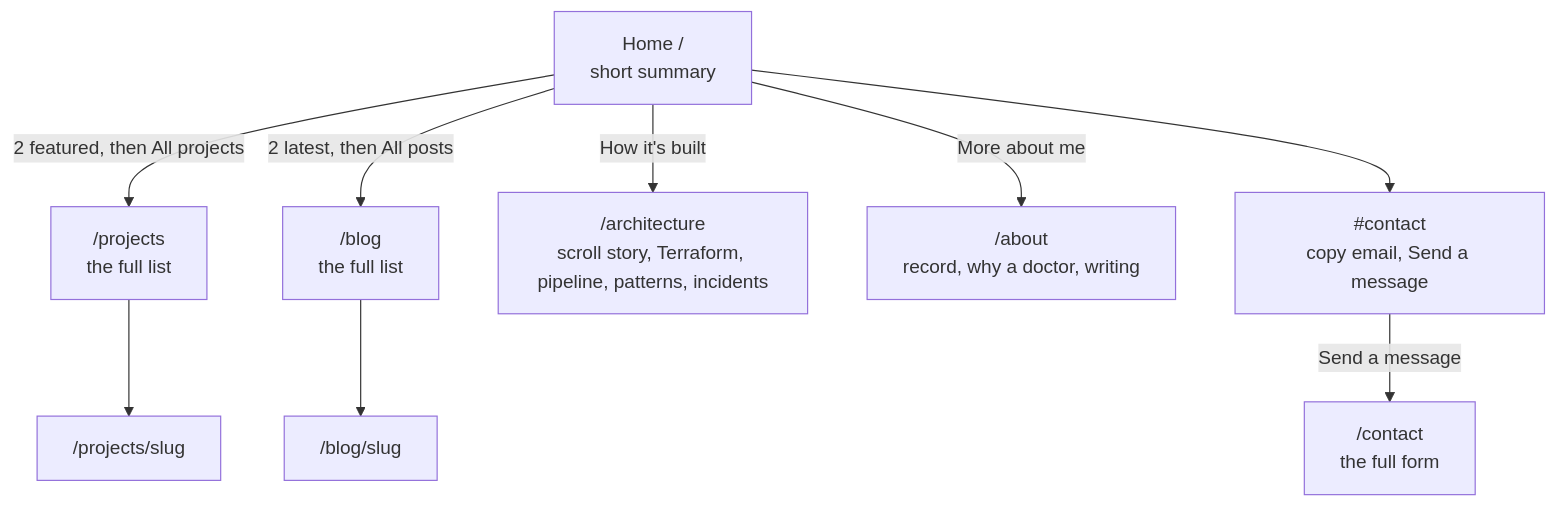
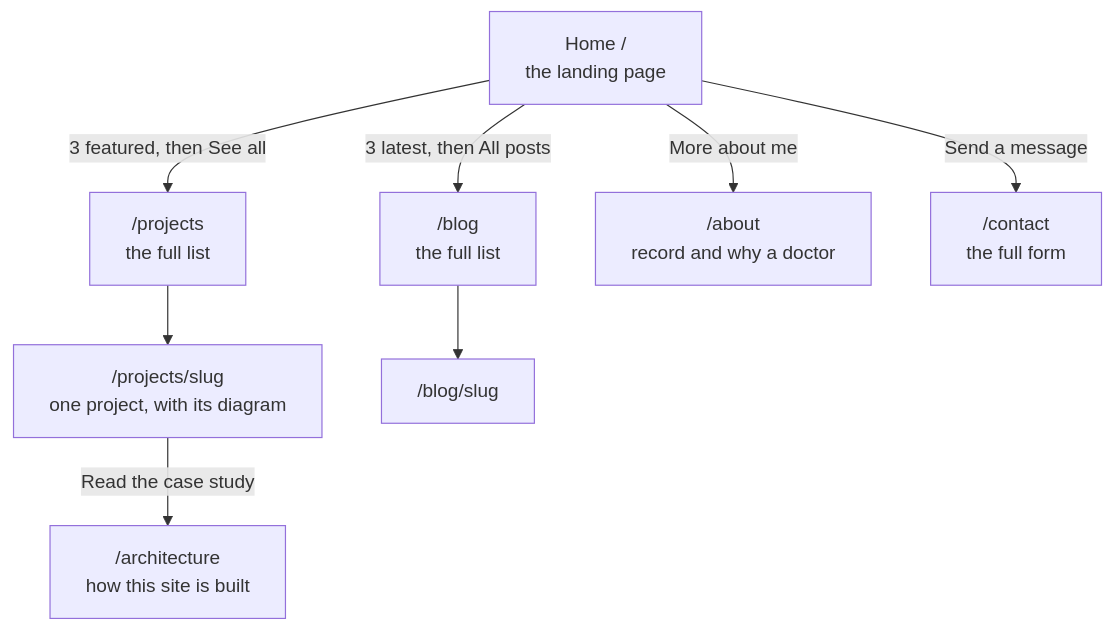
One commit to BamiseOmolaso/cloudportfoliowebsite changed the diagram in docs/infra/09-site-structure-and-content.md. Above: the diagram before and after it, drawn with Mermaid. The commit also changed other lines of this file and 33 other files, not shown here.

````diff
--- a/docs/infra/09-site-structure-and-content.md
+++ b/docs/infra/09-site-structure-and-content.md
@@ -14,12 +15,11 @@
 ```mermaid
 flowchart TD
-  H["Home /<br/>short summary"]
-  H -->|"2 featured, then All projects"| P["/projects<br/>the full list"]
-  H -->|"2 latest, then All posts"| B["/blog<br/>the full list"]
-  H -->|"How it's built"| A["/architecture<br/>scroll story, Terraform, pipeline, patterns, incidents"]
-  H -->|"More about me"| AB["/about<br/>record, why a doctor, writing"]
-  H --> C["#contact<br/>copy email, Send a message"]
-  C -->|"Send a message"| CF["/contact<br/>the full form"]
-  P --> PS["/projects/slug"]
+  H["Home /<br/>the landing page"]
+  H -->|"3 featured, then See all"| P["/projects<br/>the full list"]
+  H -->|"3 latest, then All posts"| B["/blog<br/>the full list"]
+  H -->|"More about me"| AB["/about<br/>record and why a doctor"]
+  H -->|"Send a message"| CF["/contact<br/>the full form"]
+  P --> PS["/projects/slug<br/>one project, with its diagram"]
+  PS -->|"Read the case study"| A["/architecture<br/>how this site is built"]
   B --> BS["/blog/slug"]
 ```
````
